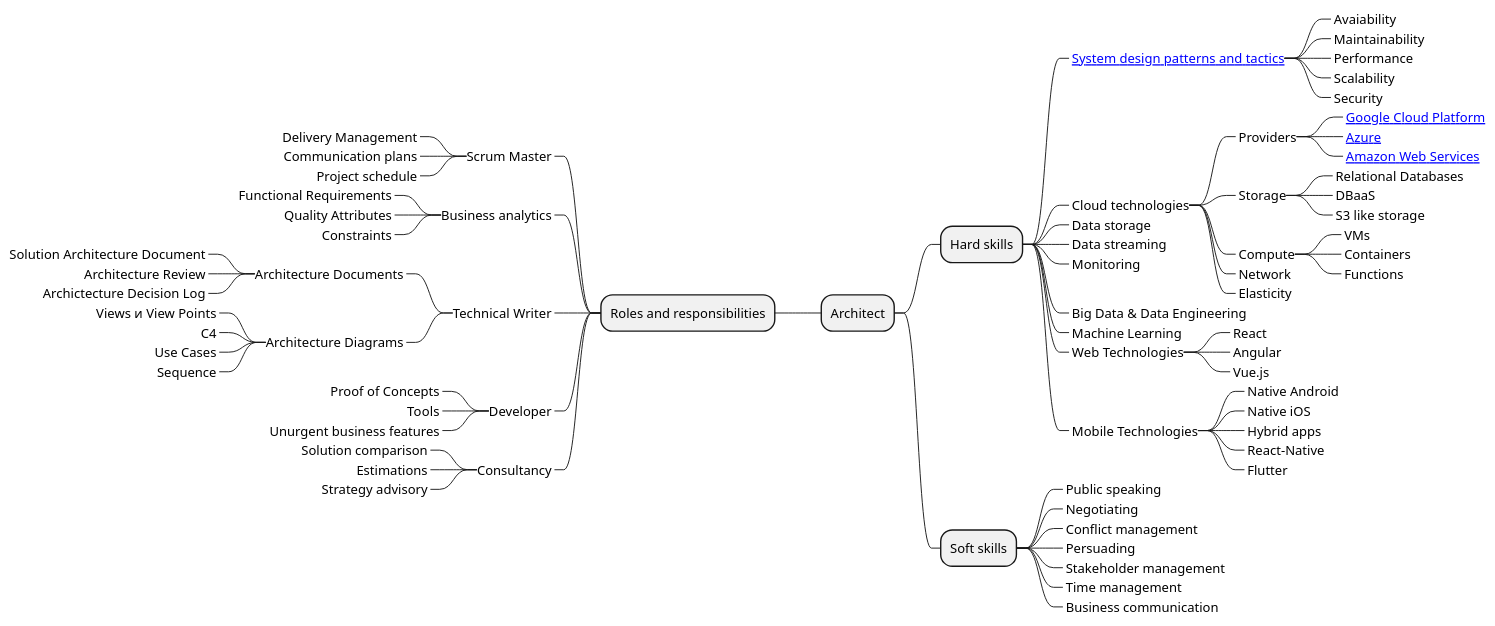
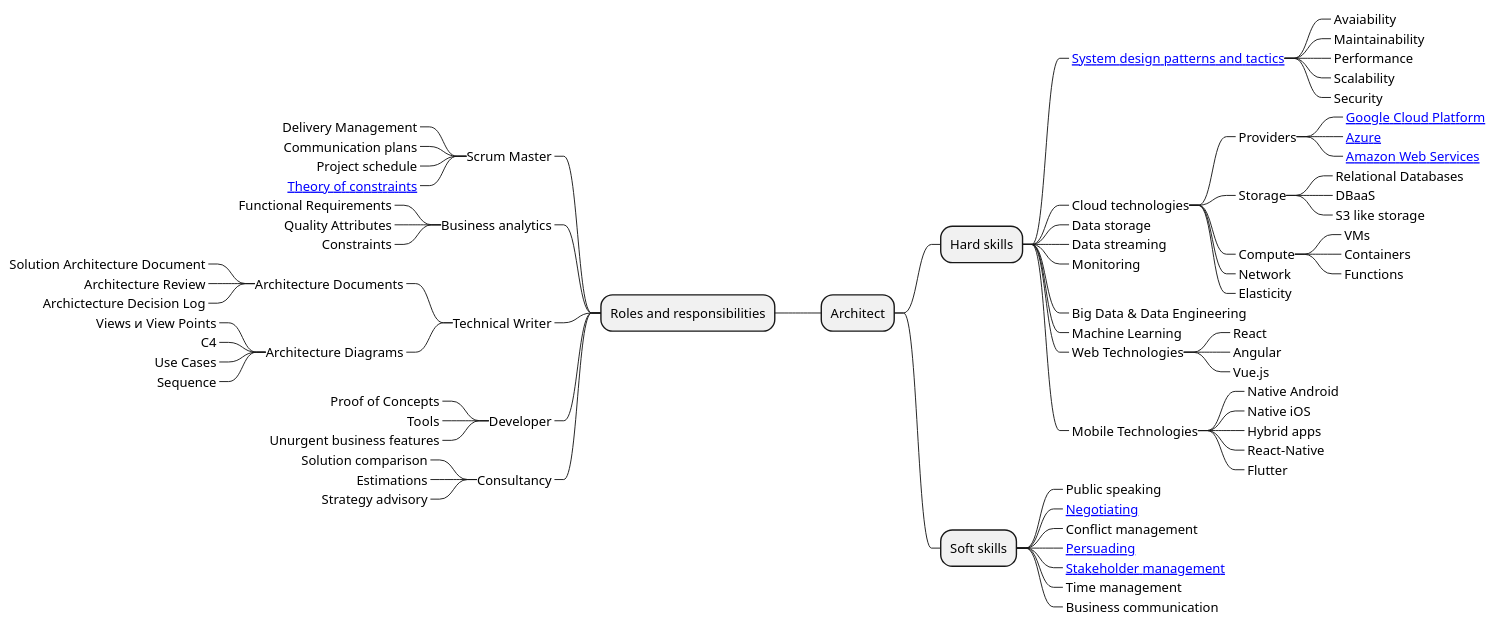
One commit to vvsevolodovich/solution-architect-roadmap changed the diagram in roadmap-en.puml. Above: the diagram before and after it, drawn with PlantUML.

```diff
--- a/roadmap-en.puml
+++ b/roadmap-en.puml
@@ -1,84 +1,85 @@
 @startmindmap
 * Architect
 
 right side 
 
 ** Hard skills
 ***_ [[https://www.amazon.com/Software-Architecture-Practice-3rd-Engineering/dp/0321815734 System design patterns and tactics]]
 ****_ Avaiability
 ****_ Maintainability
 ****_ Performance
 ****_ Scalability
 ****_ Security
 ***_ Cloud technologies
 ****_ Providers
 *****_ [[https://cloud.google.com/gcp Google Cloud Platform]]
 *****_ [[https://azure.microsoft.com/en-us/ Azure]]
 *****_ [[https://aws.amazon.com/ Amazon Web Services]] 
 ****_ Storage
 *****_ Relational Databases
 *****_ DBaaS
 *****_ S3 like storage
 ****_ Compute
 *****_ VMs
 *****_ Containers
 *****_ Functions
 ****_ Network
 ****_ Elasticity
 ***_ Data storage
 ***_ Data streaming
 ***_ Monitoring
 ***_ Big Data & Data Engineering
 ***_ Machine Learning
 ***_ Web Technologies
 ****_ React
 ****_ Angular
 ****_ Vue.js
 ***_ Mobile Technologies
 ****_ Native Android
 ****_ Native iOS
 ****_ Hybrid apps
 ****_ React-Native
 ****_ Flutter
 
 ** Soft skills
 ***_ Public speaking
-***_ Negotiating
+***_ [[https://www.coursera.org/learn/negotiation-skills Negotiating]]
 ***_ Conflict management
-***_ Persuading
-***_ Stakeholder management
+***_ [[https://www.youtube.com/watch?v=cFdCzN7RYbw Persuading]]
+***_ [[https://www.amazon.com/Practical-Project-Stakeholder-Management-Comprehensive/dp/1549517929 Stakeholder management]]
 ***_ Time management
 ***_ Business communication
 
 left side 
 
 ** Roles and responsibilities
 ***_ Scrum Master
 ****_ Delivery Management
 ****_ Communication plans
 ****_ Project schedule
+****_ [[https://en.wikipedia.org/wiki/Theory_of_constraints Theory of constraints]]
 ***_ Business analytics
 ****_ Functional Requirements
 ****_ Quality Attributes
 ****_ Constraints
 ***_ Technical Writer
 ****_ Architecture Documents
 *****_ Solution Architecture Document
 *****_ Architecture Review
 *****_ Archictecture Decision Log
 ****_ Architecture Diagrams
 *****_ Views и View Points
 *****_ C4
 *****_ Use Cases
 *****_ Sequence
 ***_ Developer
 ****_ Proof of Concepts
 ****_ Tools
 ****_ Unurgent business features
 ***_ Consultancy
 ****_ Solution comparison
 ****_ Estimations
 ****_ Strategy advisory
 
 
 @endmindmap
```
